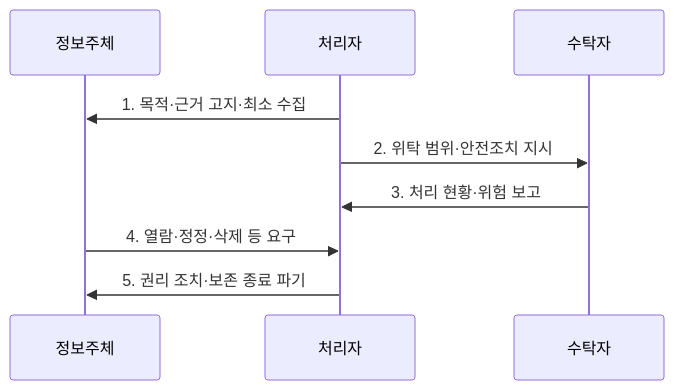
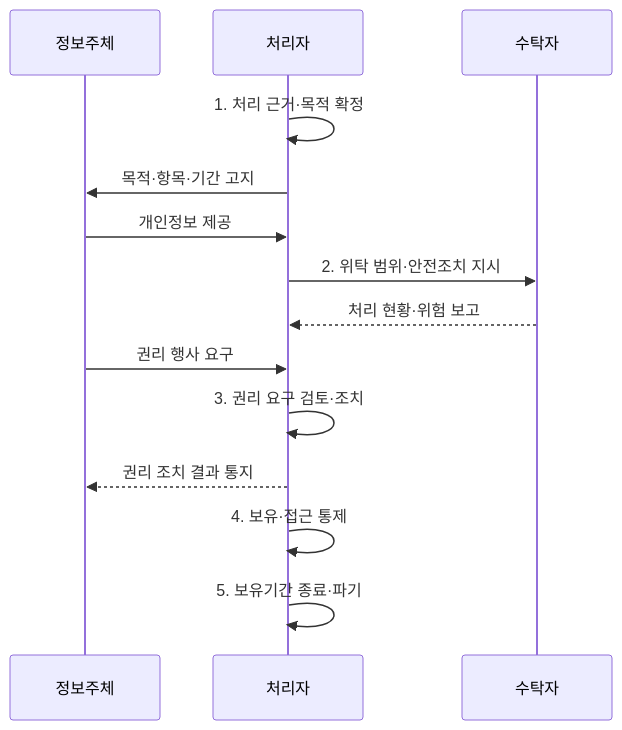
The second of 2 diagrams in src/content/docs/notes/07-law-policy/022_personal_information_protection_act.md (agnusdei1207/knowledge-base), drawn with Mermaid before and after one commit. The commit also changed other lines of this file and 20 other files, not shown here.

````diff
--- a/src/content/docs/notes/07-law-policy/022_personal_information_protection_act.md
+++ b/src/content/docs/notes/07-law-policy/022_personal_information_protection_act.md
@@ -79,11 +80,16 @@
 ```mermaid
 sequenceDiagram
     participant 정보주체
     participant 처리자
     participant 수탁자
-    처리자->>정보주체: 1. 목적·근거 고지·최소 수집
+    처리자->>처리자: 1. 처리 근거·목적 확정
+    처리자->>정보주체: 목적·항목·기간 고지
+    정보주체->>처리자: 개인정보 제공
     처리자->>수탁자: 2. 위탁 범위·안전조치 지시
-    수탁자->>처리자: 3. 처리 현황·위험 보고
-    정보주체->>처리자: 4. 열람·정정·삭제 등 요구
-    처리자->>정보주체: 5. 권리 조치·보존 종료 파기
+    수탁자-->>처리자: 처리 현황·위험 보고
+    정보주체->>처리자: 권리 행사 요구
+    처리자->>처리자: 3. 권리 요구 검토·조치
+    처리자-->>정보주체: 권리 조치 결과 통지
+    처리자->>처리자: 4. 보유·접근 통제
+    처리자->>처리자: 5. 보유기간 종료·파기
 ```
````
